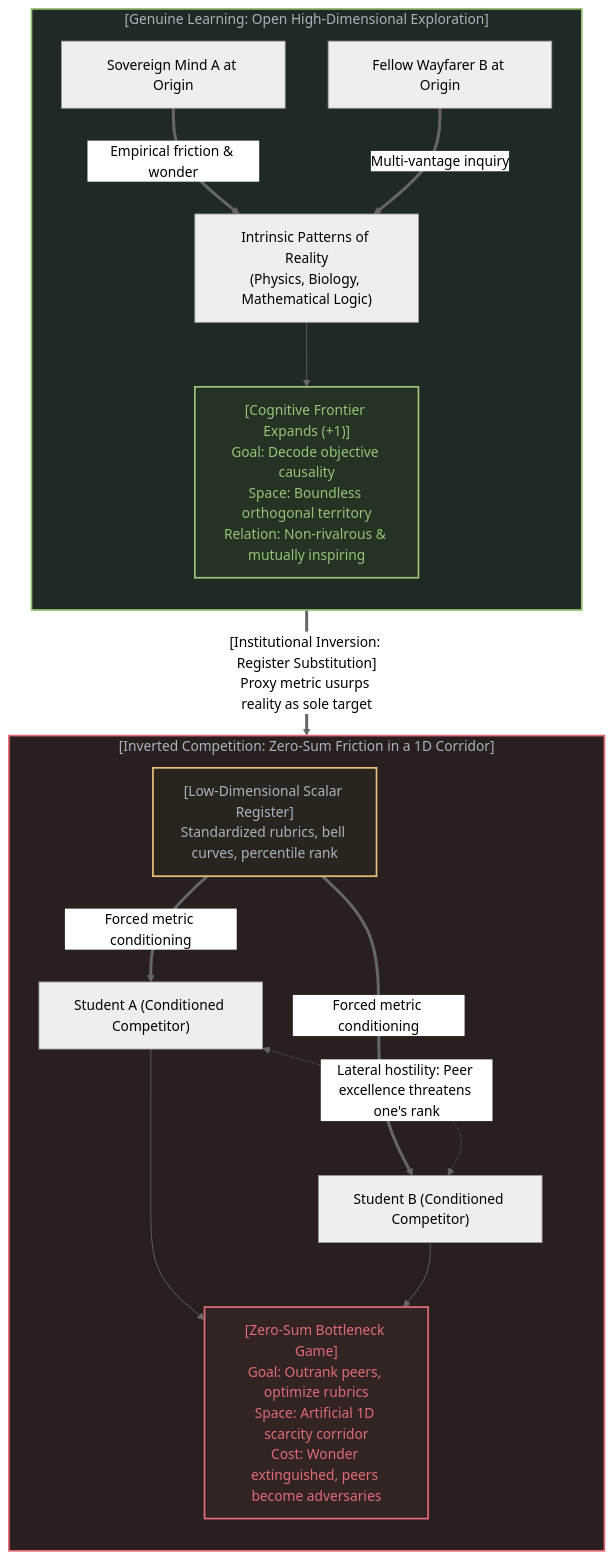
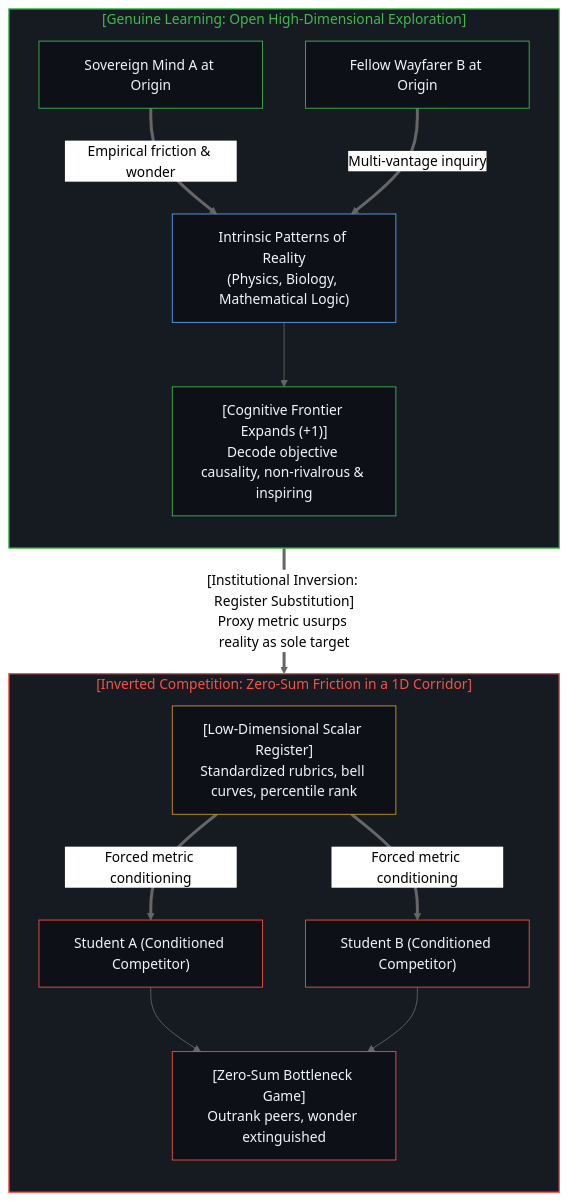
The sixth of 10 diagrams in content/posts/the-reversal-of-education-and-science.md (powerpig99/not-a-toe), drawn with Mermaid (neutral theme) before and after one commit. The commit also changed other lines of this file and 11 other files, not shown here.

````diff
--- a/content/posts/the-reversal-of-education-and-science.md
+++ b/content/posts/the-reversal-of-education-and-science.md
@@ -246,36 +258,40 @@
 ```mermaid
-graph TD
-    subgraph GenuineLearning["[Genuine Learning: Open High-Dimensional Exploration]"]
+flowchart TD
+    subgraph S_Genuine["[Genuine Learning: Open High-Dimensional Exploration]"]
         direction TB
         MindA["Sovereign Mind A at Origin"]
         MindB["Fellow Wayfarer B at Origin"]
-        Patterns["Intrinsic Patterns of Reality<br>(Physics, Biology, Mathematical Logic)"]
-        Expansion["[Cognitive Frontier Expands (+1)]<br>Goal: Decode objective causality<br>Space: Boundless orthogonal territory<br>Relation: Non-rivalrous & mutually inspiring"]
+        Patterns["Intrinsic Patterns of Reality<br/>(Physics, Biology, Mathematical Logic)"]
+        Expansion["[Cognitive Frontier Expands (+1)]<br/>Decode objective causality, non-rivalrous & inspiring"]
 
         MindA ==>|"Empirical friction & wonder"| Patterns
         MindB ==>|"Multi-vantage inquiry"| Patterns
         Patterns --> Expansion
     end
 
-    GenuineLearning ==>|"[Institutional Inversion: Register Substitution]<br>Proxy metric usurps reality as sole target"| InvertedArena
+    S_Genuine ==>|"[Institutional Inversion: Register Substitution]<br/>Proxy metric usurps reality as sole target"| S_Arena
 
-    subgraph InvertedArena["[Inverted Competition: Zero-Sum Friction in a 1D Corridor]"]
+    subgraph S_Arena["[Inverted Competition: Zero-Sum Friction in a 1D Corridor]"]
         direction TB
-        ExamRegister["[Low-Dimensional Scalar Register]<br>Standardized rubrics, bell curves, percentile rank"]
+        ExamRegister["[Low-Dimensional Scalar Register]<br/>Standardized rubrics, bell curves, percentile rank"]
         StudentA["Student A (Conditioned Competitor)"]
         StudentB["Student B (Conditioned Competitor)"]
-        ZeroSumResult["[Zero-Sum Bottleneck Game]<br>Goal: Outrank peers, optimize rubrics<br>Space: Artificial 1D scarcity corridor<br>Cost: Wonder extinguished, peers become adversaries"]
+        ZeroSumResult["[Zero-Sum Bottleneck Game]<br/>Outrank peers, wonder extinguished"]
 
         ExamRegister ==>|"Forced metric conditioning"| StudentA
         ExamRegister ==>|"Forced metric conditioning"| StudentB
-        StudentA <-.->|"Lateral hostility: Peer excellence threatens one's rank"| StudentB
         StudentA --> ZeroSumResult
         StudentB --> ZeroSumResult
     end
 
-    style GenuineLearning fill:#1f2a24,stroke:#98c379,stroke-width:2px,color:#abb2bf
-    style InvertedArena fill:#2a1f1f,stroke:#e06c75,stroke-width:2px,color:#abb2bf
-    style Expansion fill:#243324,stroke:#98c379,stroke-width:2px,color:#98c379
-    style ZeroSumResult fill:#332424,stroke:#e06c75,stroke-width:2px,color:#e06c75
-    style ExamRegister fill:#2a241f,stroke:#e5c07b,stroke-width:2px,color:#abb2bf
+    style S_Genuine fill:#161b22,stroke:#3fb950,stroke-width:1.5px,color:#3fb950
+    style S_Arena fill:#161b22,stroke:#f85149,stroke-width:1.5px,color:#f85149
+    style MindA fill:#0d1117,stroke:#3fb950,stroke-width:1px,color:#f0f6fc
+    style MindB fill:#0d1117,stroke:#3fb950,stroke-width:1px,color:#f0f6fc
+    style Patterns fill:#0d1117,stroke:#58a6ff,stroke-width:1px,color:#f0f6fc
+    style Expansion fill:#0d1117,stroke:#3fb950,stroke-width:1px,color:#f0f6fc
+    style ExamRegister fill:#0d1117,stroke:#d29922,stroke-width:1px,color:#f0f6fc
+    style StudentA fill:#0d1117,stroke:#f85149,stroke-width:1px,color:#f0f6fc
+    style StudentB fill:#0d1117,stroke:#f85149,stroke-width:1px,color:#f0f6fc
+    style ZeroSumResult fill:#0d1117,stroke:#f85149,stroke-width:1px,color:#f0f6fc
 ```
````
